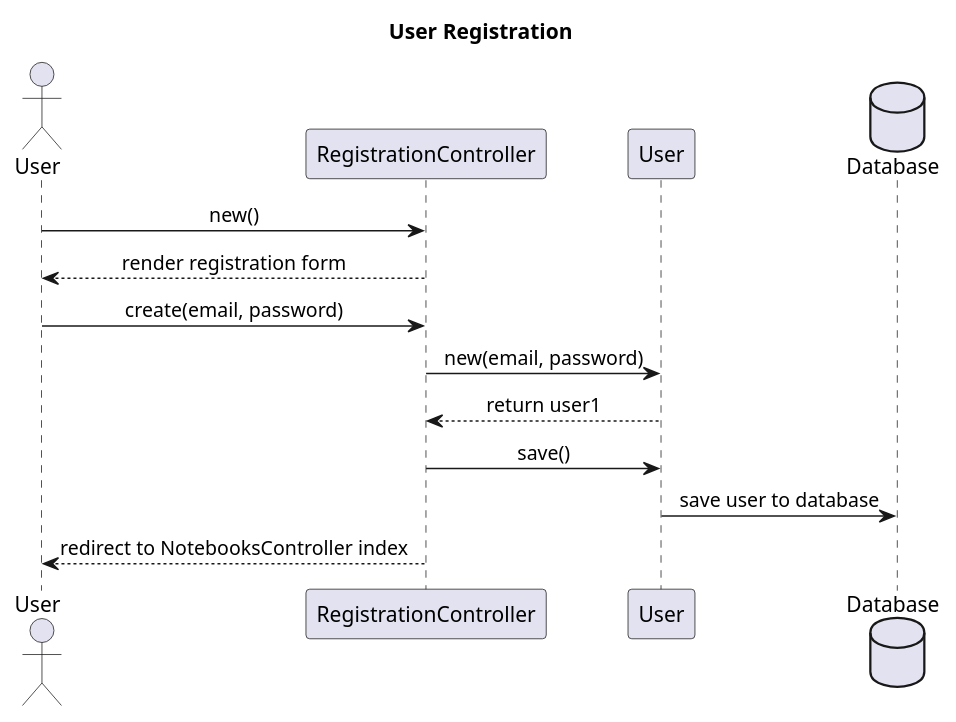
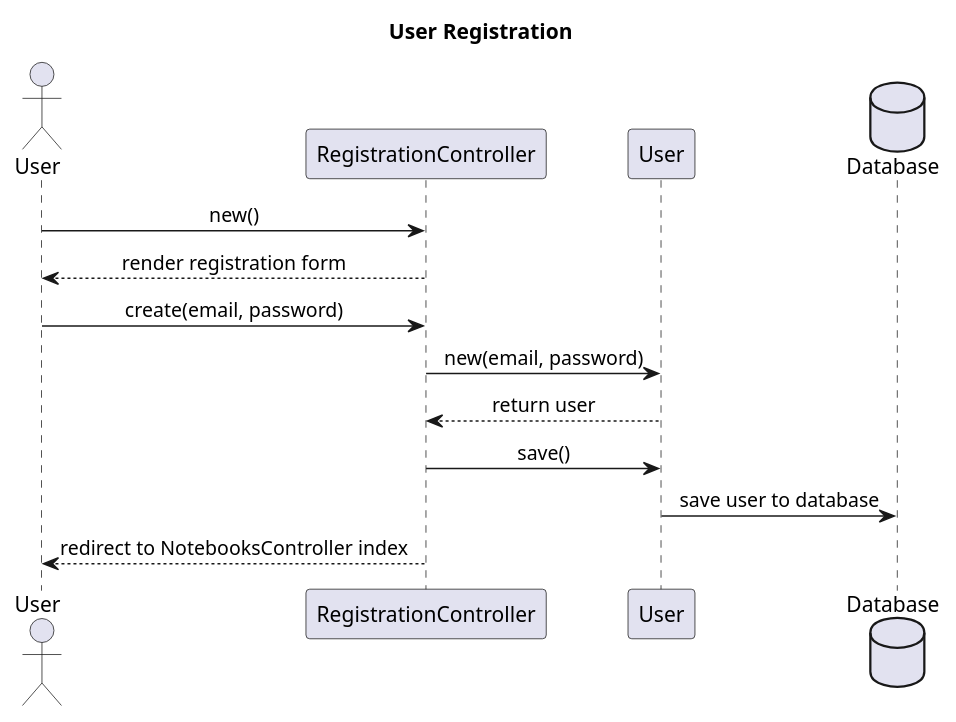
One commit to calebschoepp/canvasync changed the diagram in docs/preliminary_design/registration_seq.plantuml. Above: the diagram before and after it, drawn with PlantUML. The commit also changed 6 other files, not shown here.

```diff
--- a/docs/preliminary_design/registration_seq.plantuml
+++ b/docs/preliminary_design/registration_seq.plantuml
@@ -2,18 +2,18 @@
 @startuml User Registration
 title User Registration
 skinparam sequenceMessageAlign center
 
 actor User as user
 participant RegistrationController as rc
 participant User as um
 database Database as db
 
 user -> rc : new()
 user <-- rc : render registration form
 user -> rc : create(email, password)
 rc -> um : new(email, password)
-rc <-- um : return user1
+rc <-- um : return user
 rc -> um : save()
 um -> db : save user to database
 user <-- rc : redirect to NotebooksController index
 @enduml
```
